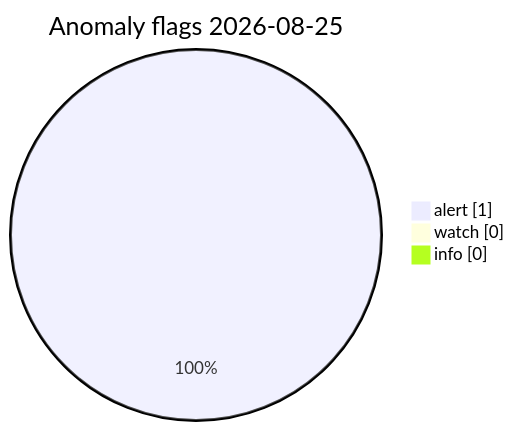
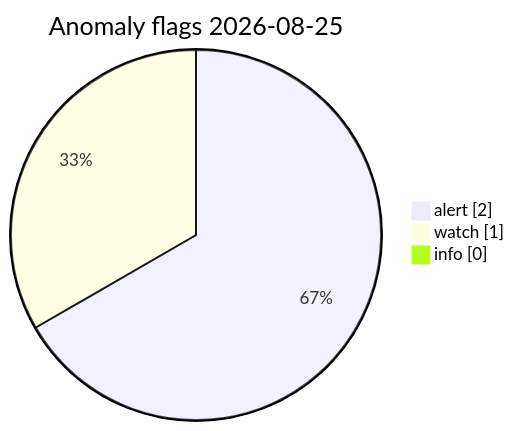
The diagram in visuals/latest/CHARTS.md (Midwest-Stratospheric/Unified-Open-Global-Weather), drawn with Mermaid before and after one commit. The commit also changed other lines of this file and 13 other files, not shown here.

Commit message:
data(visuals): automated charts 2026-08-25T11:02Z

````diff
--- a/visuals/latest/CHARTS.md
+++ b/visuals/latest/CHARTS.md
@@ -73,7 +73,7 @@
 ```mermaid
 pie showData
   title Anomaly flags 2026-08-25
-  "alert" : 1
-  "watch" : 0
+  "alert" : 2
+  "watch" : 1
   "info" : 0
 ```
````
